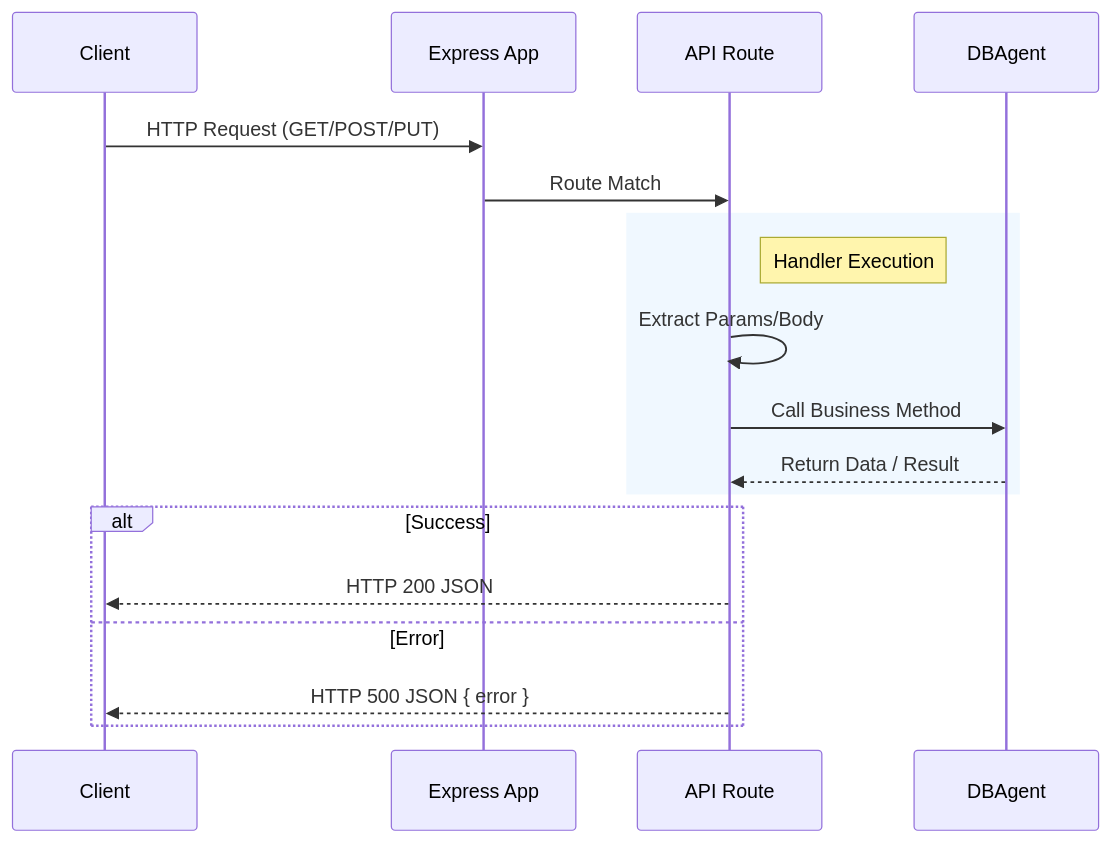
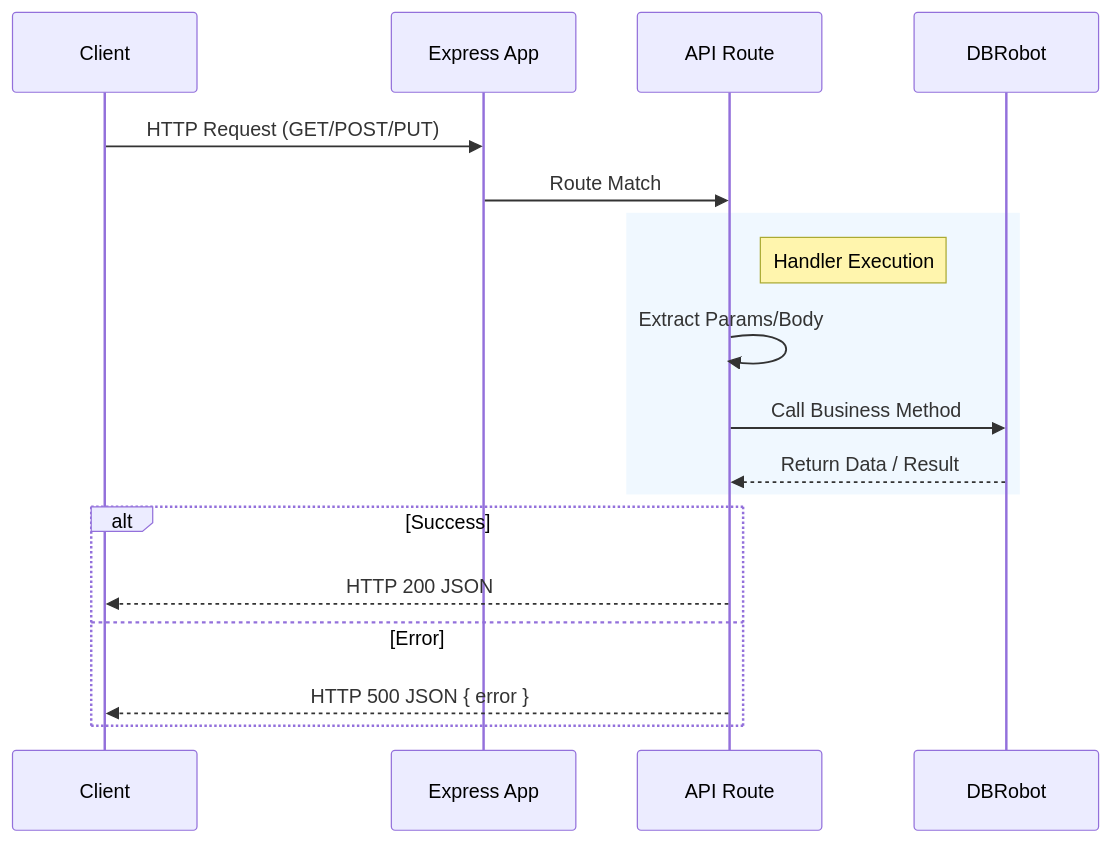
Before and after one commit to blian24/coolkonyha-solo-vibe: the diagram in docs/architecture/api-routes.md, drawn with Mermaid. The commit also changed other lines of this file and 25 other files, not shown here.

````diff
--- a/docs/architecture/api-routes.md
+++ b/docs/architecture/api-routes.md
@@ -18,23 +18,23 @@
 ```mermaid
 sequenceDiagram
     participant Client
     participant Express as Express App
     participant Route as API Route
-    participant Agent as DBAgent
+    participant Agent as DBRobot
     
     Client->>Express: HTTP Request (GET/POST/PUT)
     Express->>Route: Route Match
     
     rect rgb(240, 248, 255)
         note right of Route: Handler Execution
         Route->>Route: Extract Params/Body
         Route->>Agent: Call Business Method
         Agent-->>Route: Return Data / Result
     end
     
     alt Success
         Route-->>Client: HTTP 200 JSON
     else Error
         Route-->>Client: HTTP 500 JSON { error }
     end
 ```
````
